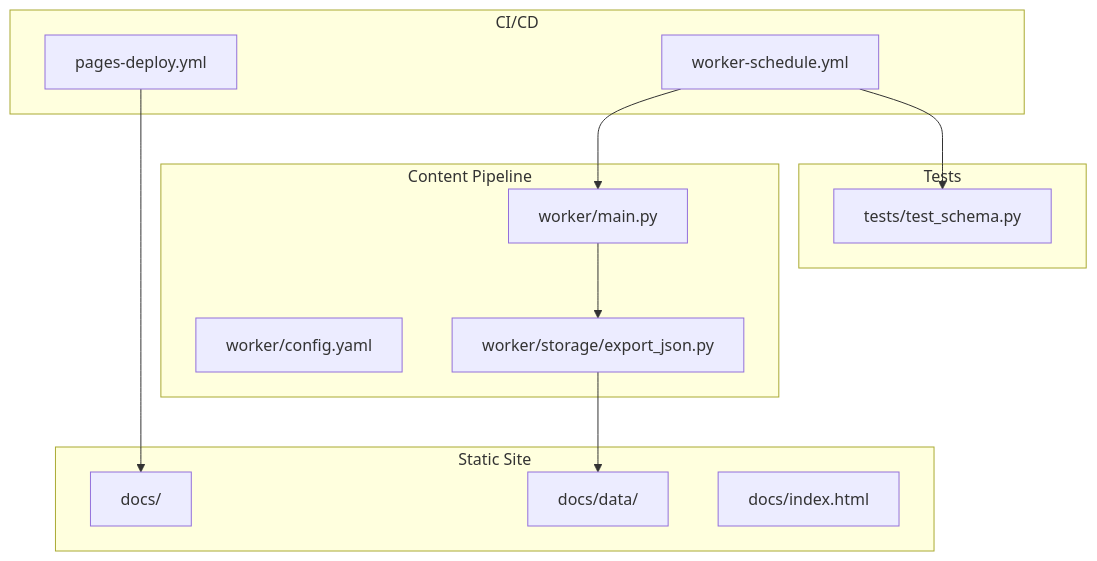
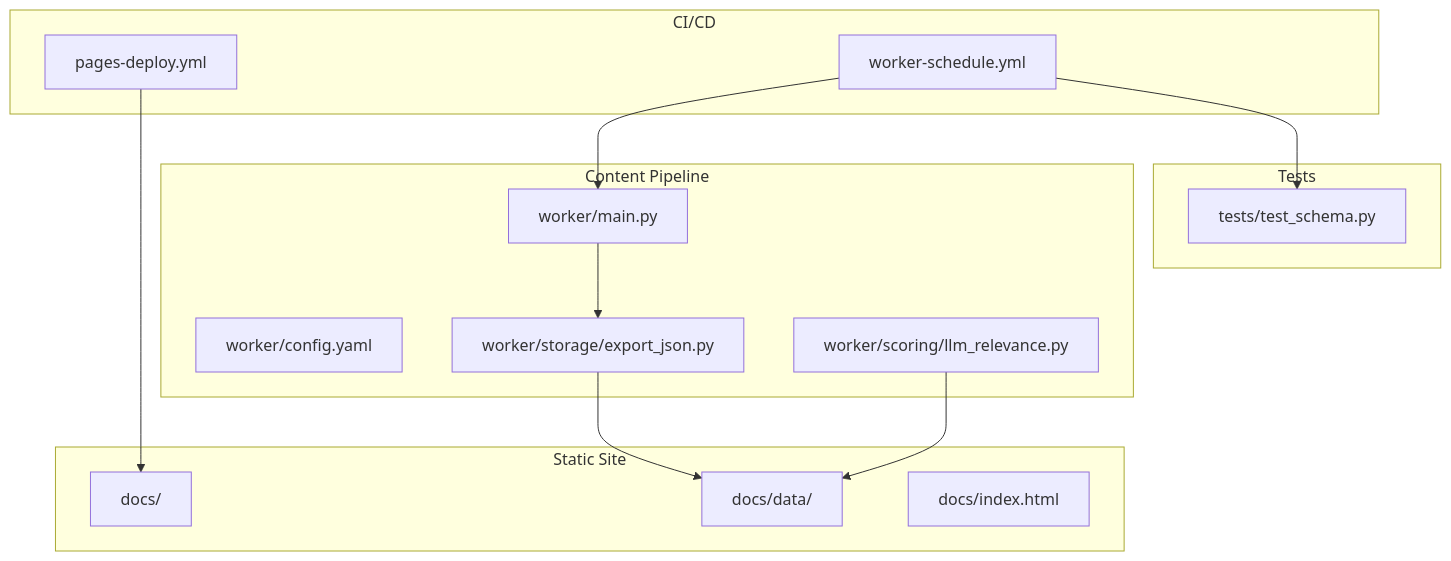
One commit to shakthi-vinayak/news changed the first of 3 diagrams in .qoder/repowiki/en/content/Automation and Deployment/GitHub Actions Workflows.md. Above: the diagram before and after it, drawn with Mermaid. The commit also changed other lines of this file and 55 other files, not shown here.

````diff
--- a/.qoder/repowiki/en/content/Automation and Deployment/GitHub Actions Workflows.md
+++ b/.qoder/repowiki/en/content/Automation and Deployment/GitHub Actions Workflows.md
@@ -44,25 +44,27 @@
 ```mermaid
 graph TB
 subgraph "CI/CD"
 PD["pages-deploy.yml"]
 WS["worker-schedule.yml"]
 end
 subgraph "Content Pipeline"
 MAIN["worker/main.py"]
 CFG["worker/config.yaml"]
 EX["worker/storage/export_json.py"]
+LLM["worker/scoring/llm_relevance.py"]
 end
 subgraph "Static Site"
 DOCS["docs/"]
 DATA["docs/data/"]
 HTML["docs/index.html"]
 end
 subgraph "Tests"
 TESTS["tests/test_schema.py"]
 end
 PD --> DOCS
 WS --> MAIN
 MAIN --> EX
 EX --> DATA
 WS --> TESTS
+LLM --> DATA
 ```
````
